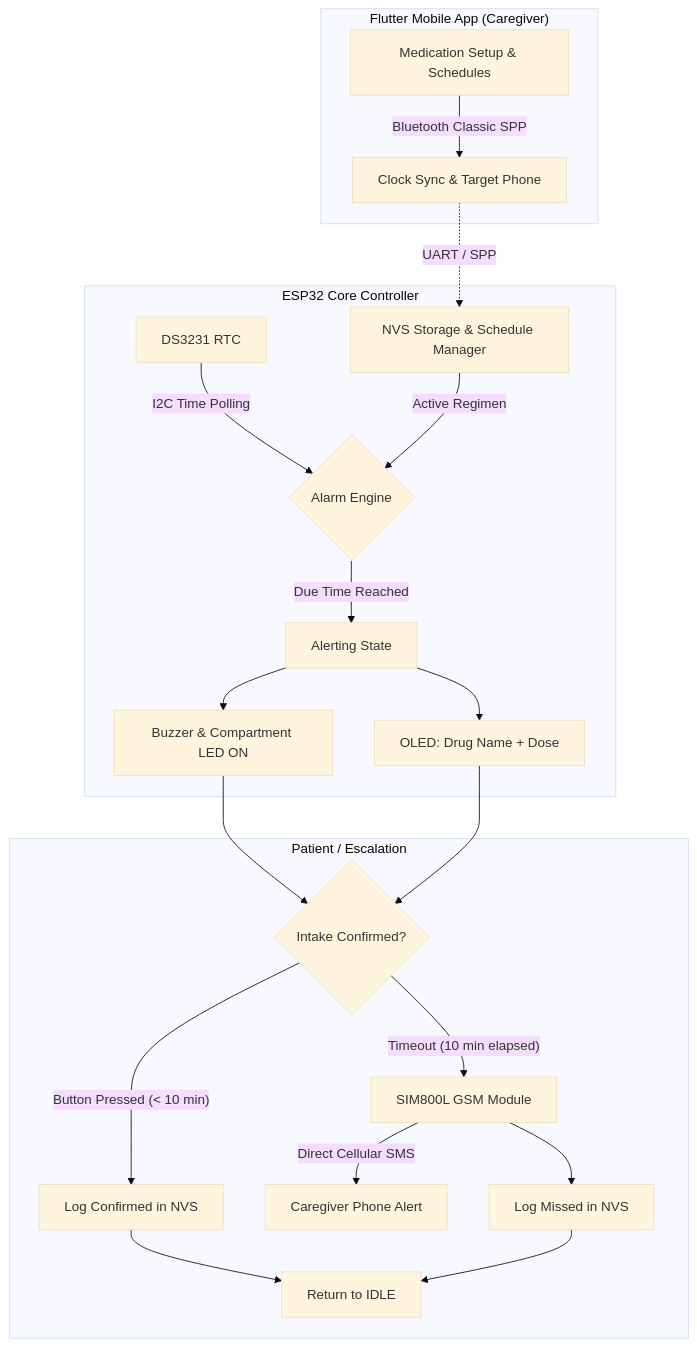
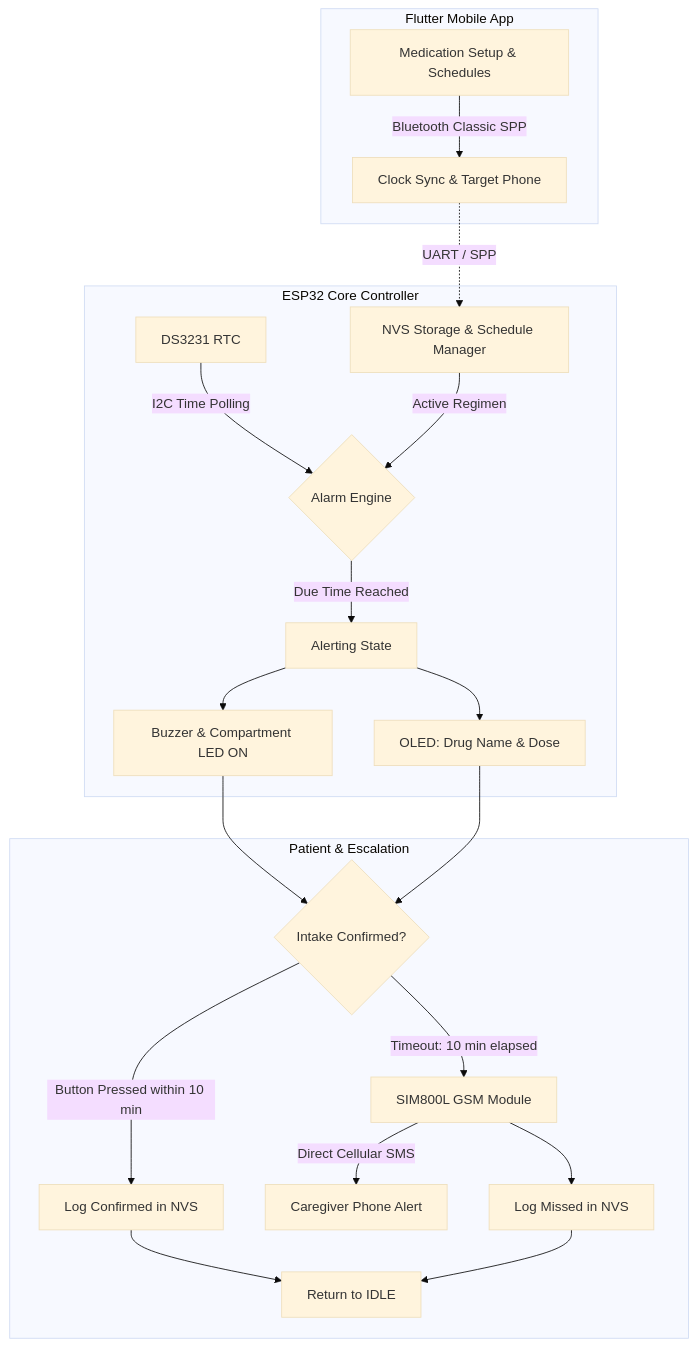
The diagram in README.md (SalahLai/carebox-medication-dispenser), drawn with Mermaid (base theme) before and after one commit. The commit also changed other lines of this file, not shown here.

Commit message:
docs: fix Mermaid syntax for GitHub diagram rendering

````diff
--- a/README.md
+++ b/README.md
@@ -60,26 +60,27 @@
 ```mermaid
 flowchart TD
-    subgraph MobileApp ["Flutter Mobile App (Caregiver)"]
+    subgraph MobileApp [Flutter Mobile App]
         A[Medication Setup & Schedules] -->|Bluetooth Classic SPP| B[Clock Sync & Target Phone]
     end
 
-    subgraph ESP32Core ["ESP32 Core Controller"]
+    subgraph ESP32Core [ESP32 Core Controller]
         B -.->|UART / SPP| C[NVS Storage & Schedule Manager]
         D[DS3231 RTC] -->|I2C Time Polling| E{Alarm Engine}
         C -->|Active Regimen| E
         
         E -->|Due Time Reached| F[Alerting State]
         F --> G[Buzzer & Compartment LED ON]
-        F --> H[OLED: Drug Name + Dose]
+        F --> H[OLED: Drug Name & Dose]
     end
 
-    subgraph PatientInteraction ["Patient / Escalation"]
-        G & H --> I{Intake Confirmed?}
-        I -- "Button Pressed (< 10 min)" --> J[Log Confirmed in NVS]
+    subgraph PatientInteraction [Patient & Escalation]
+        G --> I{Intake Confirmed?}
+        H --> I
+        I -->|Button Pressed within 10 min| J[Log Confirmed in NVS]
         J --> K[Return to IDLE]
-        I -- "Timeout (10 min elapsed)" --> L[SIM800L GSM Module]
+        I -->|Timeout: 10 min elapsed| L[SIM800L GSM Module]
         L -->|Direct Cellular SMS| M[Caregiver Phone Alert]
         L --> N[Log Missed in NVS]
         N --> K
     end
 ```
````
